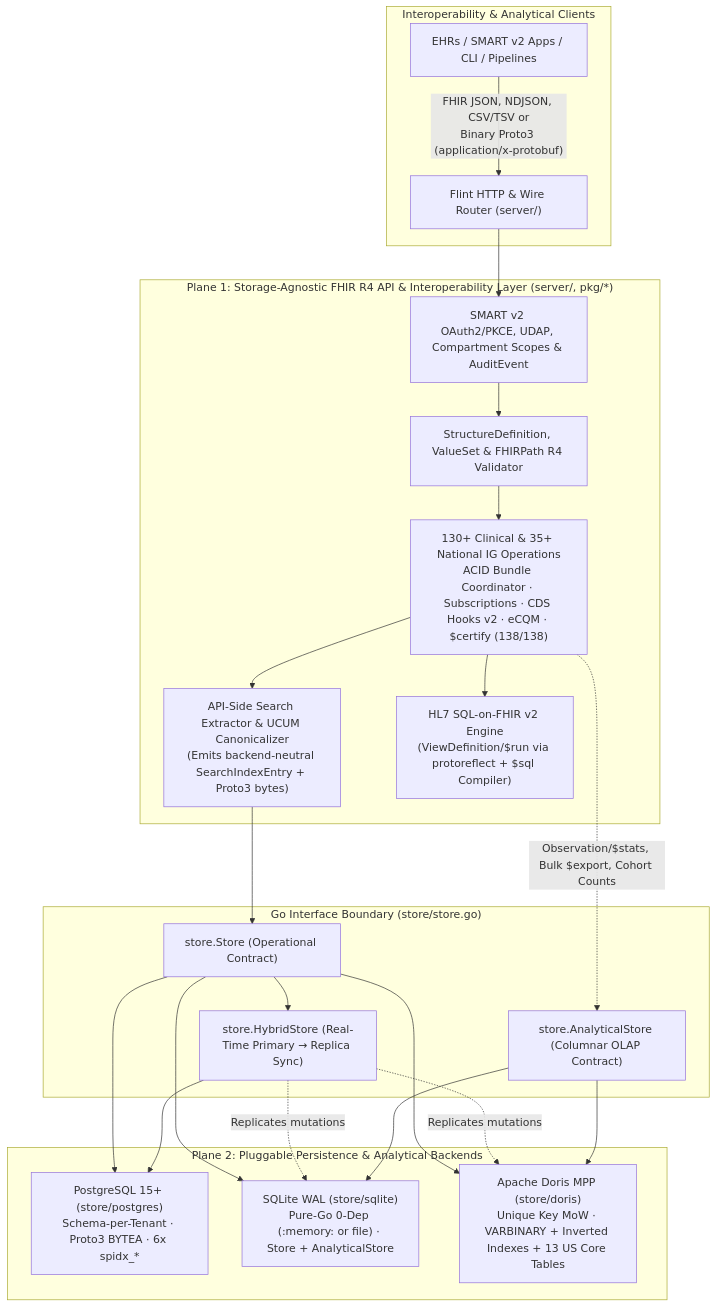
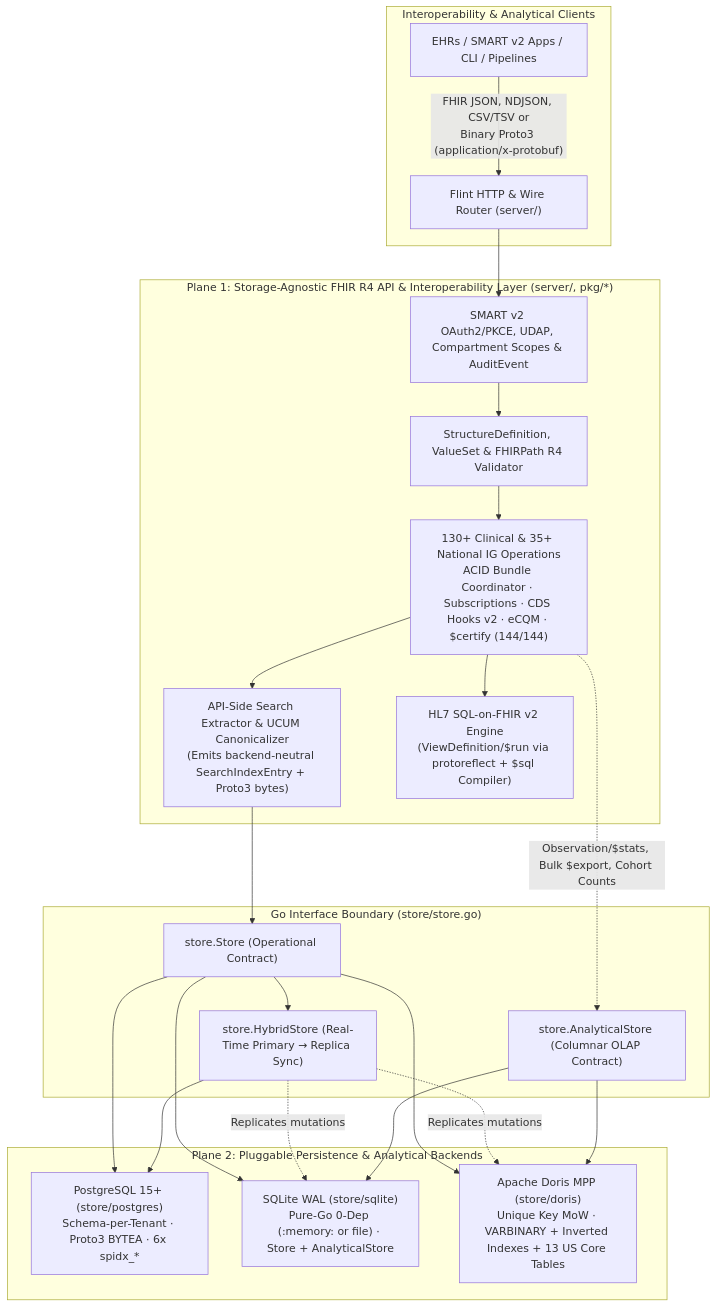
Before and after one commit to flint-fhir/flint: the first of 2 diagrams in README.md, drawn with Mermaid. The commit also changed other lines of this file and 35 other files, not shown here.

````diff
--- a/README.md
+++ b/README.md
@@ -45,38 +45,38 @@
 ```mermaid
 flowchart TD
     subgraph Clients ["Interoperability & Analytical Clients"]
         EHR["EHRs / SMART v2 Apps / CLI / Pipelines"] -->|"FHIR JSON, NDJSON, CSV/TSV or\nBinary Proto3 (application/x-protobuf)"| API["Flint HTTP & Wire Router (server/)"]
     end
 
     subgraph APILayer ["Plane 1: Storage-Agnostic FHIR R4 API & Interoperability Layer (server/, pkg/*)"]
         API --> Auth["SMART v2 OAuth2/PKCE, UDAP, Compartment Scopes & AuditEvent"]
         Auth --> Val["StructureDefinition, ValueSet & FHIRPath R4 Validator"]
-        Val --> Engine["130+ Clinical & 35+ National IG Operations\nACID Bundle Coordinator · Subscriptions · CDS Hooks v2 · eCQM · $certify (138/138)"]
+        Val --> Engine["130+ Clinical & 35+ National IG Operations\nACID Bundle Coordinator · Subscriptions · CDS Hooks v2 · eCQM · $certify (144/144)"]
         Engine --> Extract["API-Side Search Extractor & UCUM Canonicalizer\n(Emits backend-neutral SearchIndexEntry + Proto3 bytes)"]
         Engine --> SOF["HL7 SQL-on-FHIR v2 Engine\n(ViewDefinition/$run via protoreflect + $sql Compiler)"]
     end
 
     subgraph Boundary ["Go Interface Boundary (store/store.go)"]
         StoreIF["store.Store (Operational Contract)"]
         AnalyticsIF["store.AnalyticalStore (Columnar OLAP Contract)"]
         Hybrid["store.HybridStore (Real-Time Primary → Replica Sync)"]
     end
 
     subgraph Backends ["Plane 2: Pluggable Persistence & Analytical Backends"]
         PG["PostgreSQL 15+ (store/postgres)\nSchema-per-Tenant · Proto3 BYTEA · 6x spidx_*"]
         SQLite["SQLite WAL (store/sqlite)\nPure-Go 0-Dep (:memory: or file) · Store + AnalyticalStore"]
         Doris["Apache Doris MPP (store/doris)\nUnique Key MoW · VARBINARY + Inverted Indexes + 13 US Core Tables"]
     end
 
     Extract --> StoreIF
     Engine -. "Observation/$stats, Bulk $export, Cohort Counts" .-> AnalyticsIF
     StoreIF --> PG
     StoreIF --> SQLite
     StoreIF --> Doris
     StoreIF --> Hybrid
     Hybrid --> PG
     Hybrid -. "Replicates mutations" .-> Doris
     Hybrid -. "Replicates mutations" .-> SQLite
     AnalyticsIF --> Doris
     AnalyticsIF --> SQLite
 ```
````
